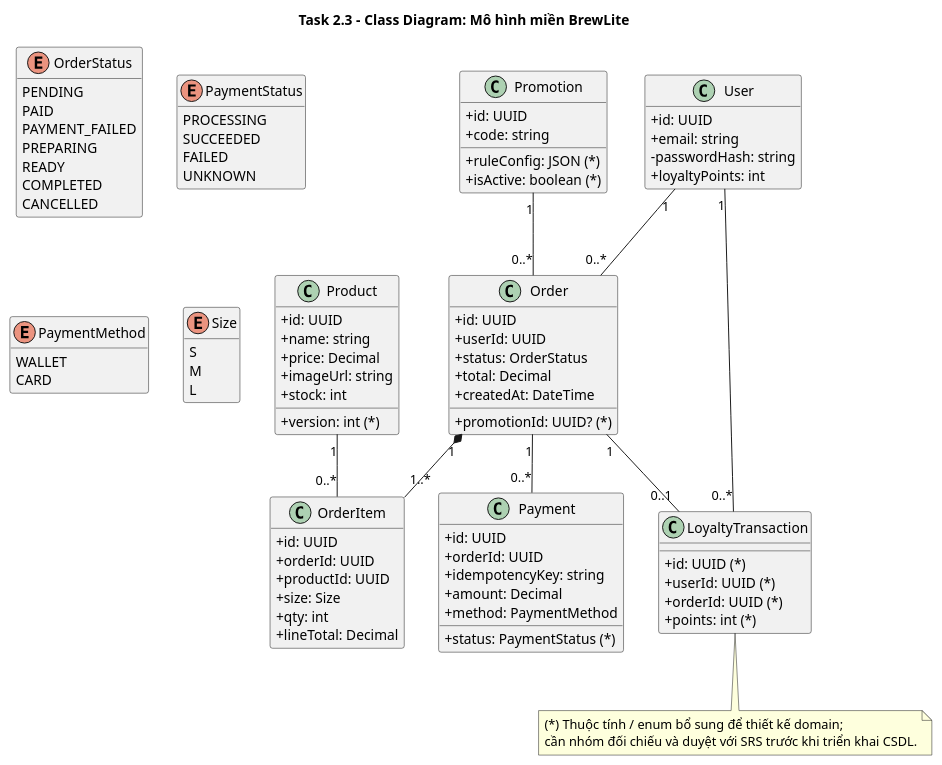
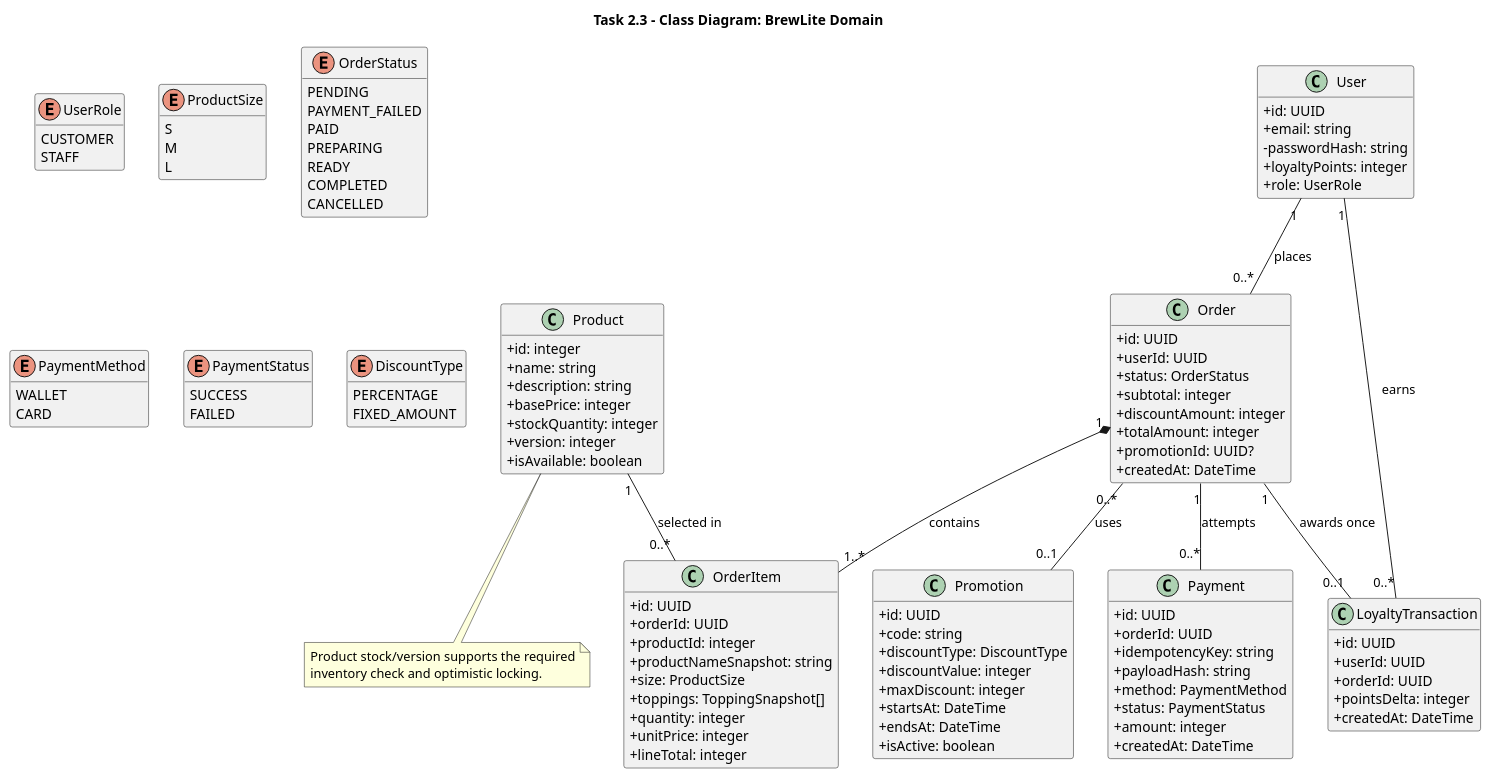
Before and after one commit to quang-vu2808/brewlite-assignment2: the diagram in docs/diagrams/class.puml, drawn with PlantUML. The commit also changed 17 other files, not shown here.

Commit message:
Add diagrams

```diff
--- a/docs/diagrams/class.puml
+++ b/docs/diagrams/class.puml
@@ -1,90 +1,113 @@
 @startuml
-title Task 2.3 - Class Diagram: Mô hình miền BrewLite
+title Task 2.3 - Class Diagram: BrewLite Domain
 skinparam classAttributeIconSize 0
 hide empty methods
+skinparam shadowing false
+
 class User {
   +id: UUID
   +email: string
   -passwordHash: string
-  +loyaltyPoints: int
+  +loyaltyPoints: integer
+  +role: UserRole
 }
 class Product {
-  +id: UUID
+  +id: integer
   +name: string
-  +price: Decimal
-  +imageUrl: string
-  +stock: int
-  +version: int (*)
-}
-class Promotion {
-  +id: UUID
-  +code: string
-  +ruleConfig: JSON (*)
-  +isActive: boolean (*)
+  +description: string
+  +basePrice: integer
+  +stockQuantity: integer
+  +version: integer
+  +isAvailable: boolean
 }
 class Order {
   +id: UUID
   +userId: UUID
   +status: OrderStatus
-  +total: Decimal
+  +subtotal: integer
+  +discountAmount: integer
+  +totalAmount: integer
+  +promotionId: UUID?
   +createdAt: DateTime
-  +promotionId: UUID? (*)
 }
 class OrderItem {
   +id: UUID
   +orderId: UUID
-  +productId: UUID
-  +size: Size
-  +qty: int
-  +lineTotal: Decimal
+  +productId: integer
+  +productNameSnapshot: string
+  +size: ProductSize
+  +toppings: ToppingSnapshot[]
+  +quantity: integer
+  +unitPrice: integer
+  +lineTotal: integer
 }
 class Payment {
   +id: UUID
   +orderId: UUID
   +idempotencyKey: string
-  +amount: Decimal
+  +payloadHash: string
   +method: PaymentMethod
-  +status: PaymentStatus (*)
+  +status: PaymentStatus
+  +amount: integer
+  +createdAt: DateTime
+}
+class Promotion {
+  +id: UUID
+  +code: string
+  +discountType: DiscountType
+  +discountValue: integer
+  +maxDiscount: integer
+  +startsAt: DateTime
+  +endsAt: DateTime
+  +isActive: boolean
 }
 class LoyaltyTransaction {
-  +id: UUID (*)
-  +userId: UUID (*)
-  +orderId: UUID (*)
-  +points: int (*)
+  +id: UUID
+  +userId: UUID
+  +orderId: UUID
+  +pointsDelta: integer
+  +createdAt: DateTime
+}
+enum UserRole {
+  CUSTOMER
+  STAFF
+}
+enum ProductSize {
+  S
+  M
+  L
 }
 enum OrderStatus {
- PENDING
- PAID
- PAYMENT_FAILED
- PREPARING
- READY
- COMPLETED
- CANCELLED
+  PENDING
+  PAYMENT_FAILED
+  PAID
+  PREPARING
+  READY
+  COMPLETED
+  CANCELLED
+}
+enum PaymentMethod {
+  WALLET
+  CARD
 }
 enum PaymentStatus {
- PROCESSING
- SUCCEEDED
- FAILED
- UNKNOWN
+  SUCCESS
+  FAILED
 }
-enum PaymentMethod {
- WALLET
- CARD
+enum DiscountType {
+  PERCENTAGE
+  FIXED_AMOUNT
 }
-enum Size {
- S
- M
- L
-}
-User "1" -- "0..*" Order
-User "1" -- "0..*" LoyaltyTransaction
-Order "1" *-- "1..*" OrderItem
-Product "1" -- "0..*" OrderItem
-Promotion "1" -- "0..*" Order
-Order "1" -- "0..*" Payment
-Order "1" -- "0..1" LoyaltyTransaction
-note bottom of LoyaltyTransaction
- (*) Thuộc tính / enum bổ sung để thiết kế domain;
- cần nhóm đối chiếu và duyệt với SRS trước khi triển khai CSDL.
+
+User "1" -- "0..*" Order : places
+Order "1" *-- "1..*" OrderItem : contains
+Product "1" -- "0..*" OrderItem : selected in
+Order "1" -- "0..*" Payment : attempts
+Order "0..*" -- "0..1" Promotion : uses
+User "1" -- "0..*" LoyaltyTransaction : earns
+Order "1" -- "0..1" LoyaltyTransaction : awards once
+note bottom of Product
+Product stock/version supports the required
+inventory check and optimistic locking.
 end note
 @enduml
```
